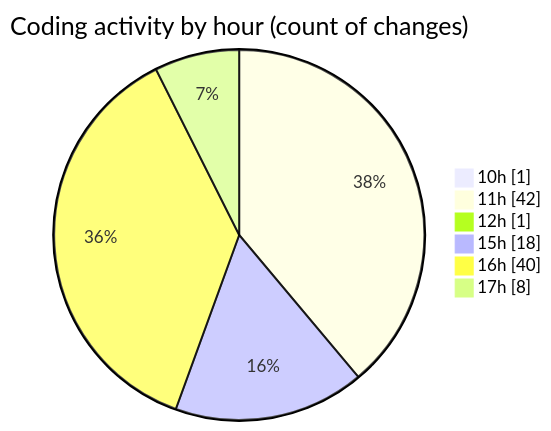
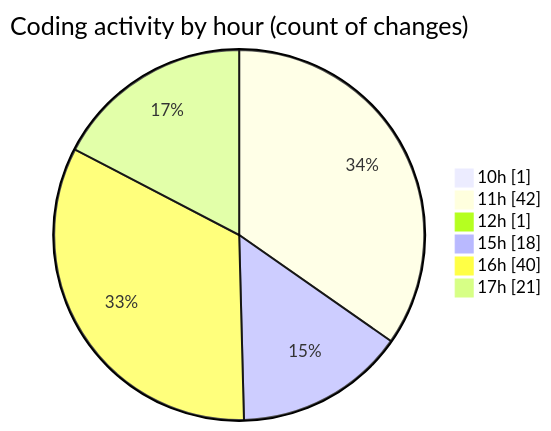
One commit to nxtqubesakshisongat/code-tracking changed the second of 2 diagrams in 2025-06-25/nxtqube_webapp/README.md. Above: the diagram before and after it, drawn with Mermaid. The commit also changed other lines of this file and 1 other file, not shown here.

````diff
--- a/2025-06-25/nxtqube_webapp/README.md
+++ b/2025-06-25/nxtqube_webapp/README.md
@@ -33,10 +33,10 @@
 ```mermaid
 pie showData
 title Coding activity by hour (count of changes)
 "10h" : 1
 "11h" : 42
 "12h" : 1
 "15h" : 18
 "16h" : 40
-"17h" : 8
+"17h" : 21
 ```
````
